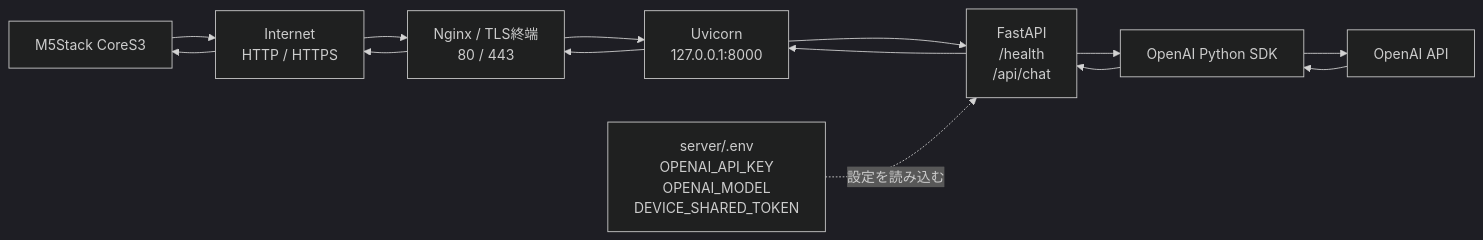
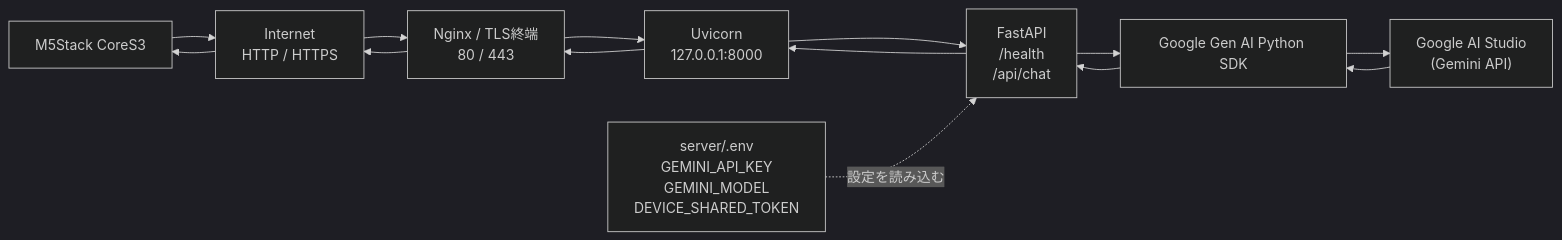
One commit to u-akira/ai-edge-server changed the diagram in README.md. Above: the diagram before and after it, drawn with Mermaid (dark theme). The commit also changed other lines of this file and 6 other files, not shown here.

Commit message:
Switch AI provider to Gemini API

````diff
--- a/README.md
+++ b/README.md
@@ -31,17 +31,17 @@
 ```mermaid
 flowchart LR
     device["M5Stack CoreS3"]
     edge["Internet<br/>HTTP / HTTPS"]
     proxy["Nginx / TLS終端<br/>80 / 443"]
     app["Uvicorn<br/>127.0.0.1:8000"]
     fastapi["FastAPI<br/>/health<br/>/api/chat"]
-    env["server/.env<br/>OPENAI_API_KEY<br/>OPENAI_MODEL<br/>DEVICE_SHARED_TOKEN"]
-    sdk["OpenAI Python SDK"]
-    openai["OpenAI API"]
+    env["server/.env<br/>GEMINI_API_KEY<br/>GEMINI_MODEL<br/>DEVICE_SHARED_TOKEN"]
+    sdk["Google Gen AI Python SDK"]
+    gemini["Google AI Studio<br/>(Gemini API)"]
 
     device --> edge --> proxy --> app --> fastapi
     env -.->|設定を読み込む| fastapi
-    fastapi --> sdk --> openai
-    openai --> sdk --> fastapi
+    fastapi --> sdk --> gemini
+    gemini --> sdk --> fastapi
     fastapi --> app --> proxy --> edge --> device
 ```
````
